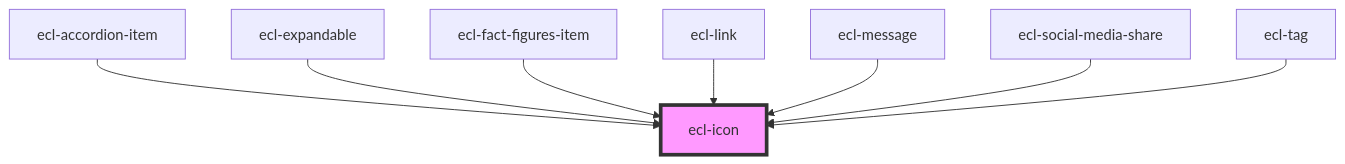
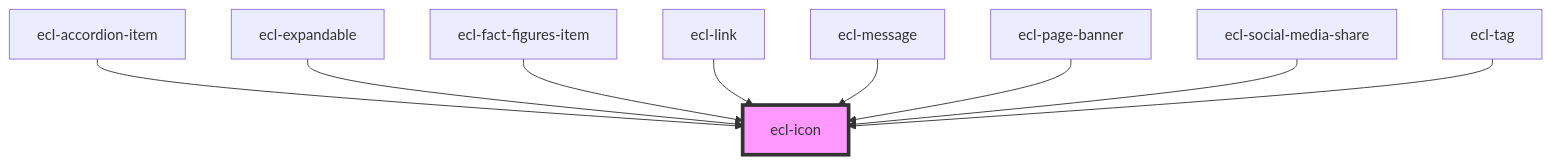
Before and after one commit to ec-europa/ecl-webcomponents: the diagram in src/components/ecl-icon/readme.md, drawn with Mermaid. The commit also changed other lines of this file and 12 other files, not shown here.

Commit message:
chore(webcomponents): Adding page banner

````diff
--- a/src/components/ecl-icon/readme.md
+++ b/src/components/ecl-icon/readme.md
@@ -33,11 +34,12 @@
 ```mermaid
 graph TD;
   ecl-accordion-item --> ecl-icon
   ecl-expandable --> ecl-icon
   ecl-fact-figures-item --> ecl-icon
   ecl-link --> ecl-icon
   ecl-message --> ecl-icon
+  ecl-page-banner --> ecl-icon
   ecl-social-media-share --> ecl-icon
   ecl-tag --> ecl-icon
   style ecl-icon fill:#f9f,stroke:#333,stroke-width:4px
 ```
````
